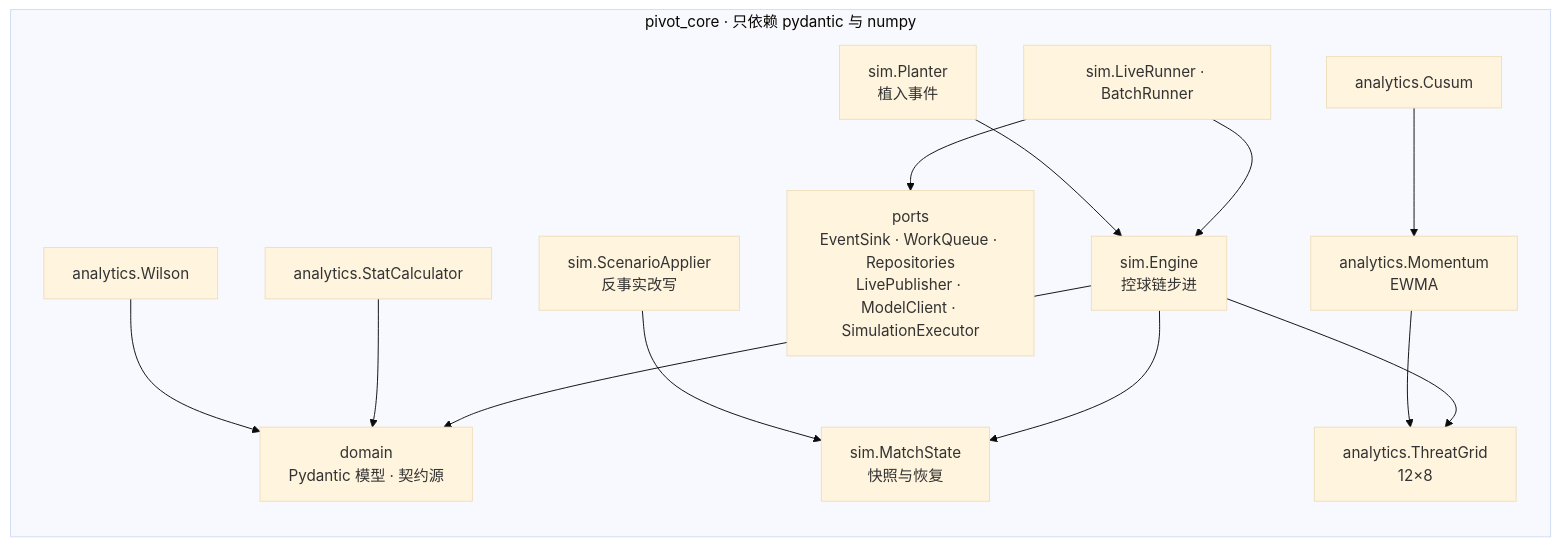
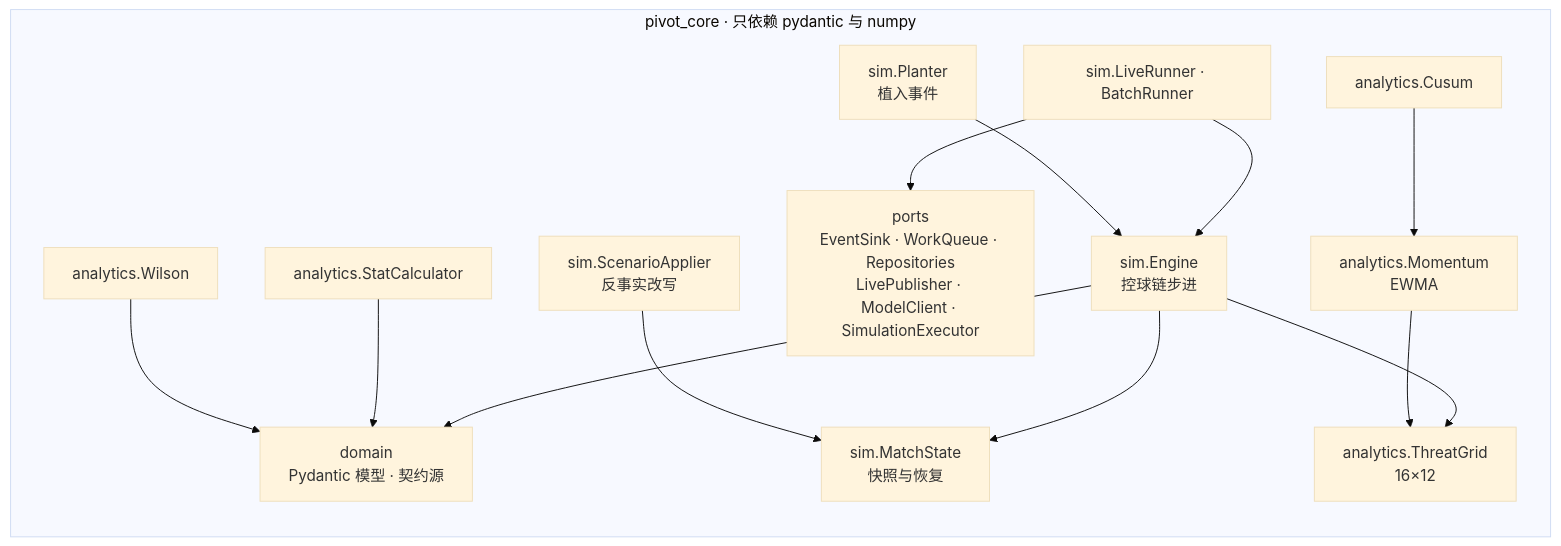
Before and after one commit to neubayarea/Pivot: the fifth of 10 diagrams in docs/architecture.md, drawn with Mermaid (base theme). The commit also changed other lines of this file and 19 other files, not shown here.

````diff
--- a/docs/architecture.md
+++ b/docs/architecture.md
@@ -245,28 +245,28 @@
 ```mermaid
 flowchart LR
   subgraph core["pivot_core · 只依赖 pydantic 与 numpy"]
     domain["domain<br/>Pydantic 模型 · 契约源"]
     eng["sim.Engine<br/>控球链步进"]
     st["sim.MatchState<br/>快照与恢复"]
     scn["sim.ScenarioApplier<br/>反事实改写"]
     plant["sim.Planter<br/>植入事件"]
     run["sim.LiveRunner · BatchRunner"]
-    grid["analytics.ThreatGrid<br/>12×8"]
+    grid["analytics.ThreatGrid<br/>16×12"]
     mom["analytics.Momentum<br/>EWMA"]
     cus["analytics.Cusum"]
     stat["analytics.StatCalculator"]
     wil["analytics.Wilson"]
     ports["ports<br/>EventSink · WorkQueue · Repositories<br/>LivePublisher · ModelClient · SimulationExecutor"]
   end
   run --> eng
   eng --> st
   scn --> st
   plant --> eng
   eng --> grid
   mom --> grid
   cus --> mom
   run --> ports
   eng --> domain
   stat --> domain
   wil --> domain
 ```
````
